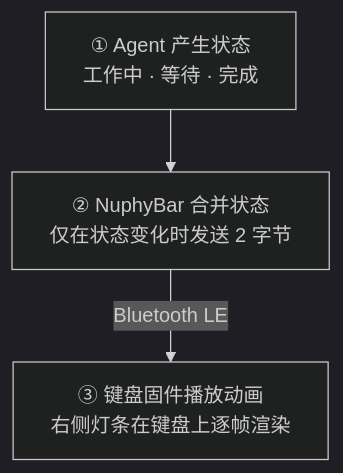
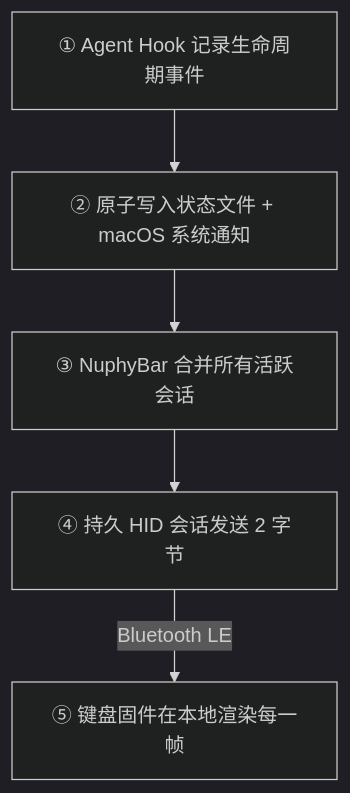
The first of 2 diagrams in README.zh-CN.md (itsmaiGe/NuphyBar), drawn with Mermaid (dark theme) before and after one commit. The commit also changed other lines of this file and 6 other files, not shown here.

````diff
--- a/README.zh-CN.md
+++ b/README.zh-CN.md
@@ -74,8 +74,10 @@
 ```mermaid
 flowchart TB
-    A["① Agent 产生状态<br/>工作中 · 等待 · 完成"]
-    B["② NuphyBar 合并状态<br/>仅在状态变化时发送 2 字节"]
-    C["③ 键盘固件播放动画<br/>右侧灯条在键盘上逐帧渲染"]
-    A --> B
-    B -->|Bluetooth LE| C
+    A["① Agent Hook 记录生命周期事件"]
+    B["② 原子写入状态文件 + macOS 系统通知"]
+    C["③ NuphyBar 合并所有活跃会话"]
+    D["④ 持久 HID 会话发送 2 字节"]
+    E["⑤ 键盘固件在本地渲染每一帧"]
+    A --> B --> C --> D
+    D -->|Bluetooth LE| E
 ```
````
